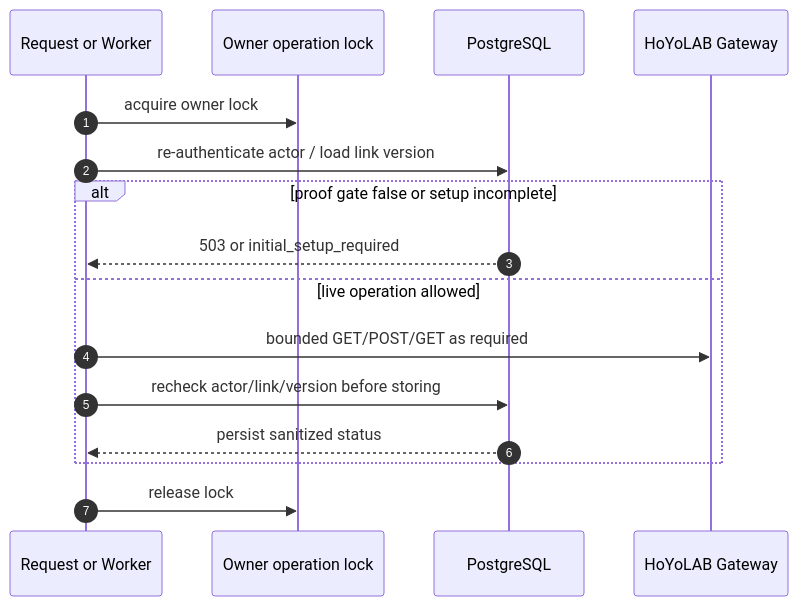
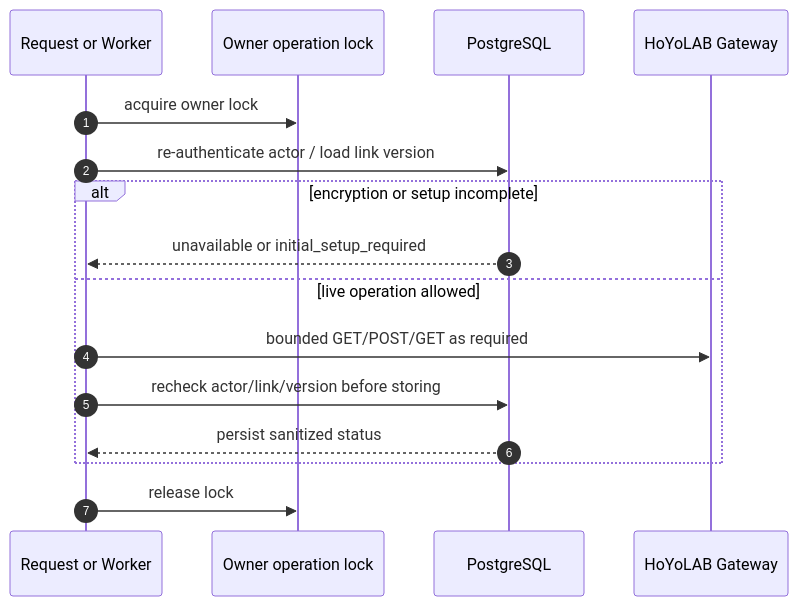
Before and after one commit to AttODao/AttOsHoYoDashboard: the second of 3 diagrams in docs/design/AttOsGameDashboard.md, drawn with Mermaid. The commit also changed other lines of this file and 20 other files, not shown here.

````diff
--- a/docs/design/AttOsGameDashboard.md
+++ b/docs/design/AttOsGameDashboard.md
@@ -94,18 +91,18 @@
 ```mermaid
 sequenceDiagram
     autonumber
     participant R as Request or Worker
     participant O as Owner operation lock
     participant D as PostgreSQL
     participant H as HoYoLAB Gateway
     R->>O: acquire owner lock
     R->>D: re-authenticate actor / load link version
-    alt proof gate false or setup incomplete
-        D-->>R: 503 or initial_setup_required
+    alt encryption or setup incomplete
+        D-->>R: unavailable or initial_setup_required
     else live operation allowed
         R->>H: bounded GET/POST/GET as required
         R->>D: recheck actor/link/version before storing
         D-->>R: persist sanitized status
     end
     R->>O: release lock
 ```
````
